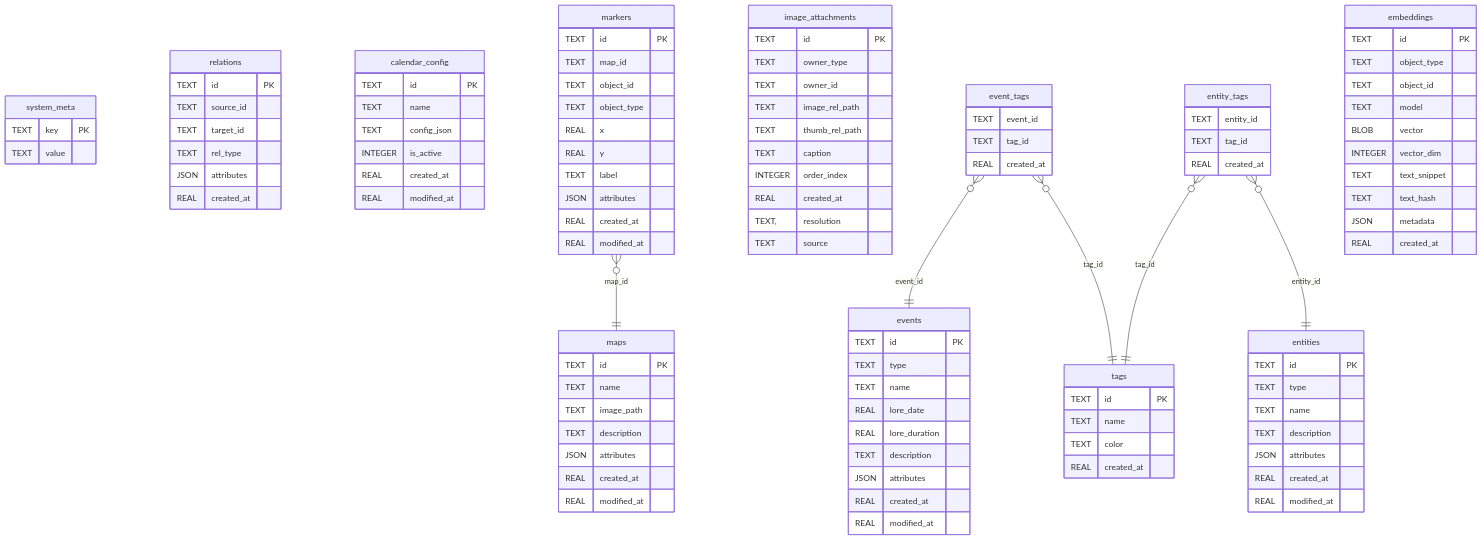
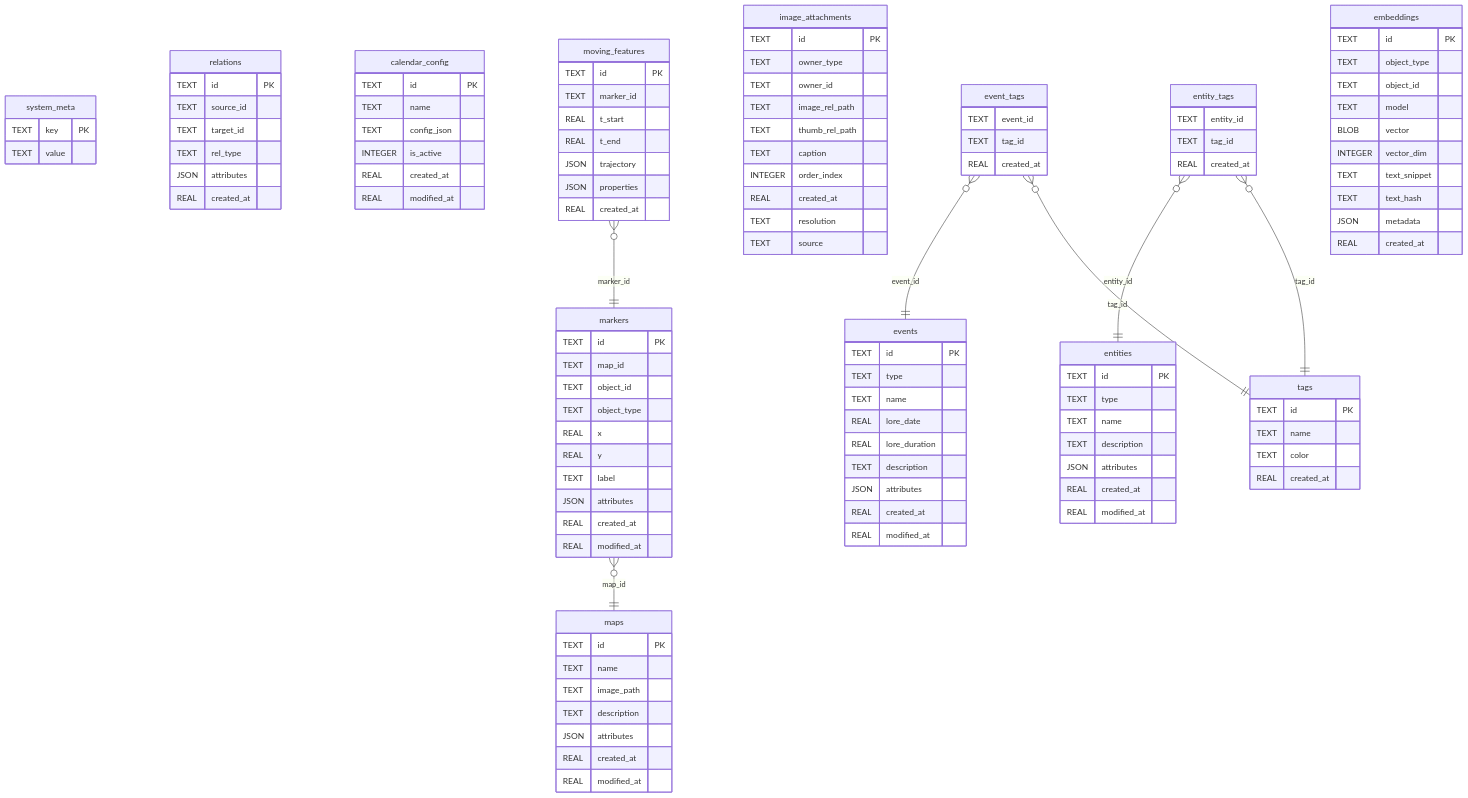
Before and after one commit to cmintert/ProjektKraken: the diagram in docs/SCHEMA_REFERENCE.md, drawn with Mermaid. The commit also changed other lines of this file and 2 other files, not shown here.

First line of the commit message:
Docs & Schema: Update Changelog, License, and Database Reference

```diff
--- a/docs/SCHEMA_REFERENCE.md
+++ b/docs/SCHEMA_REFERENCE.md
@@ -76,6 +76,16 @@
         REAL modified_at
     }
 
+    moving_features {
+        TEXT id PK
+        TEXT marker_id
+        REAL t_start
+        REAL t_end
+        JSON trajectory
+        JSON properties
+        REAL created_at
+    }
+
     image_attachments {
         TEXT id PK
         TEXT owner_type
@@ -85,7 +95,7 @@
         TEXT caption
         INTEGER order_index
         REAL created_at
-        TEXT, resolution
+        TEXT resolution
         TEXT source
     }
 
@@ -122,6 +132,7 @@
     }
 
     markers }o--|| maps : "map_id"
+    moving_features }o--|| markers : "marker_id"
     event_tags }o--|| events : "event_id"
     event_tags }o--|| tags : "tag_id"
     entity_tags }o--|| entities : "entity_id"
```
